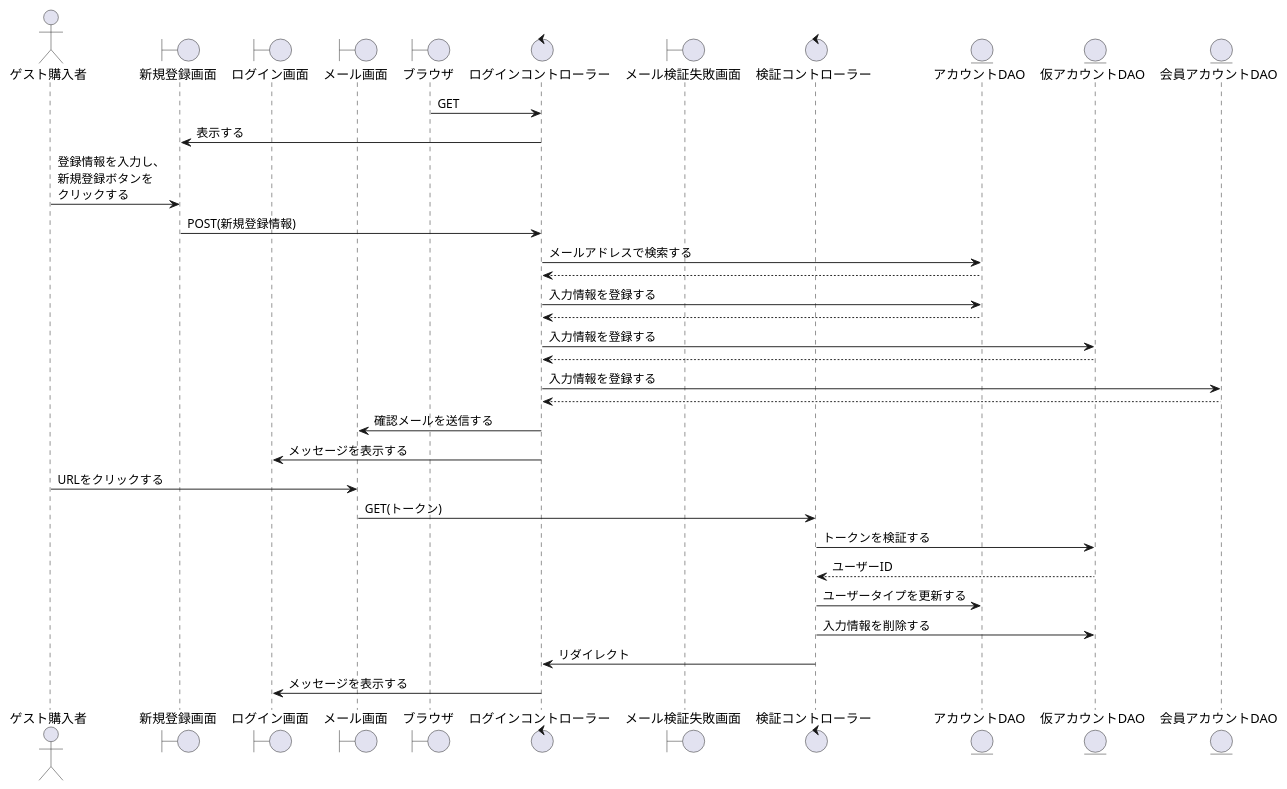
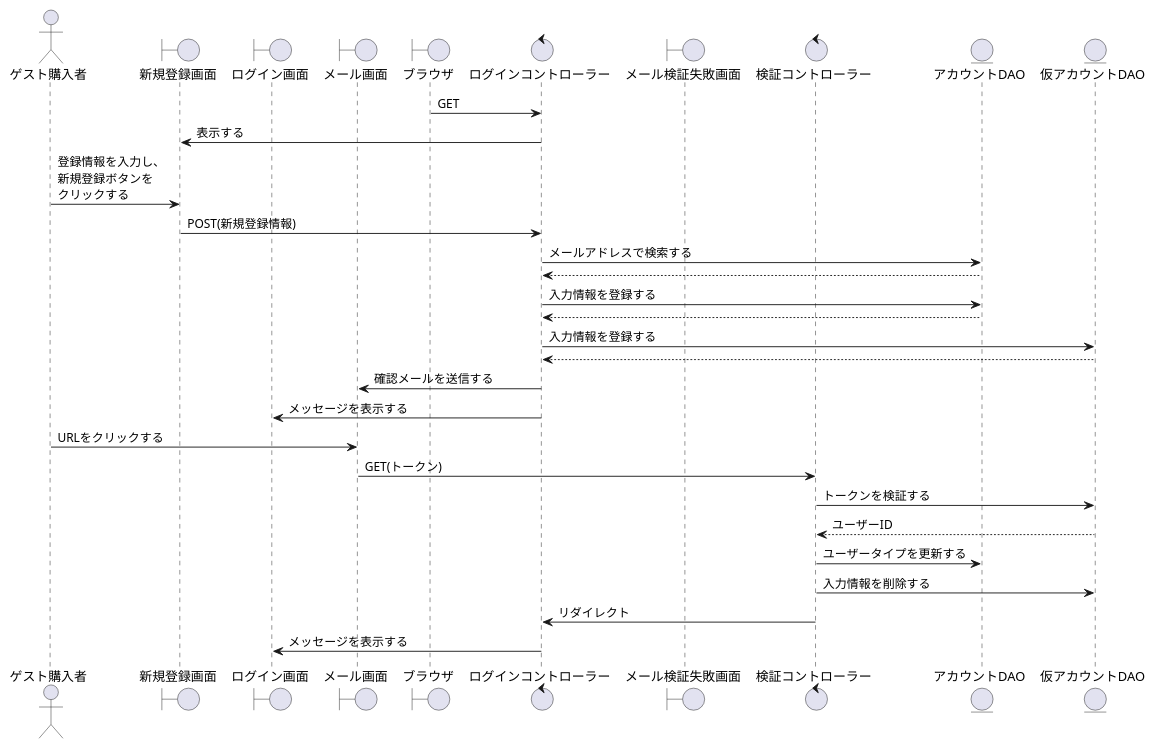
The diagram in PJ_シーケンス/購入者/新規登録.wsd (SK-B-S/PJ), drawn with PlantUML before and after one commit. The commit also changed 4 other files, not shown here.

```diff
--- a/PJ_シーケンス/購入者/新規登録.wsd
+++ b/PJ_シーケンス/購入者/新規登録.wsd
@@ -1,41 +1,38 @@
 @startuml 新規登録
 
 actor    "ゲスト購入者" as account
 boundary "新規登録画面" as new_registration
 boundary "ログイン画面" as login
 boundary "メール画面" as mail
 boundary "ブラウザ" as brz
 control  "ログインコントローラー" as login_c
 boundary "メール検証失敗画面" as mail_fail
 control  "検証コントローラー" as verification_c
 entity   "アカウントDAO" as account_db
 entity   "仮アカウントDAO" as account_db_provisional
-entity   "会員アカウントDAO" as kaiinn_account_db
 
 
 '------------------------------------------------------------------------------------
 
 brz -> login_c : GET
 new_registration <- login_c : 表示する
 account -> new_registration: 登録情報を入力し、\n新規登録ボタンを\nクリックする
 new_registration-> login_c: POST(新規登録情報)
 login_c -> account_db: メールアドレスで検索する
 login_c <-- account_db
 login_c -> account_db : 入力情報を登録する
 account_db-->login_c
 login_c -> account_db_provisional : 入力情報を登録する
 account_db_provisional-->login_c
-login_c -> kaiinn_account_db : 入力情報を登録する
-kaiinn_account_db-->login_c
 login_c -> mail : 確認メールを送信する
 login_c -> login : メッセージを表示する
 account -> mail : URLをクリックする
 mail -> verification_c : GET(トークン)
 verification_c -> account_db_provisional : トークンを検証する
 verification_c <-- account_db_provisional : ユーザーID
 verification_c -> account_db : ユーザータイプを更新する
 verification_c -> account_db_provisional : 入力情報を削除する
 verification_c -> login_c : リダイレクト
 login <- login_c : メッセージを表示する
 
 @enduml
```
